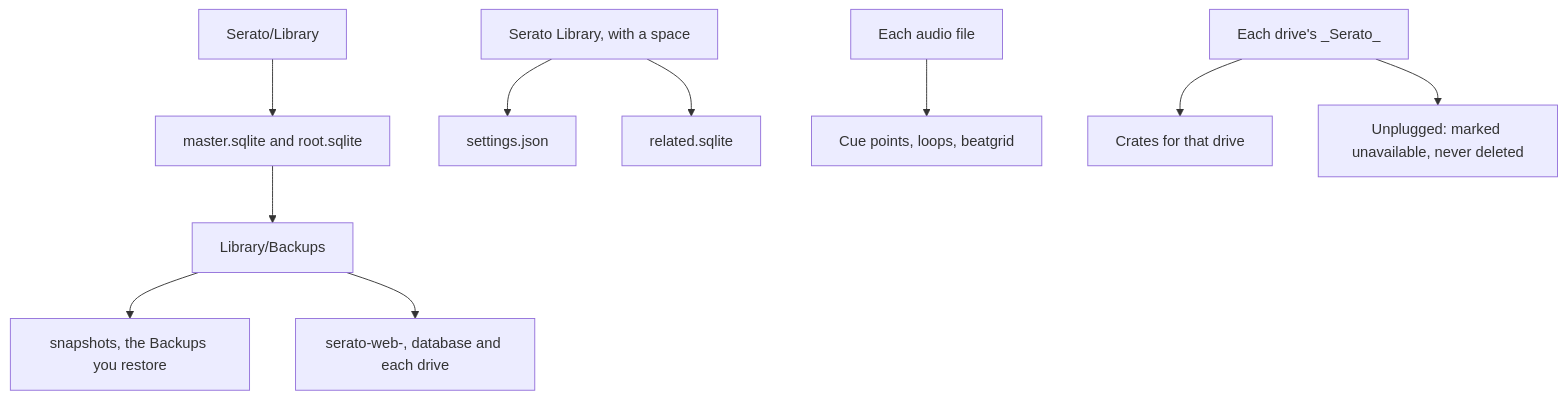
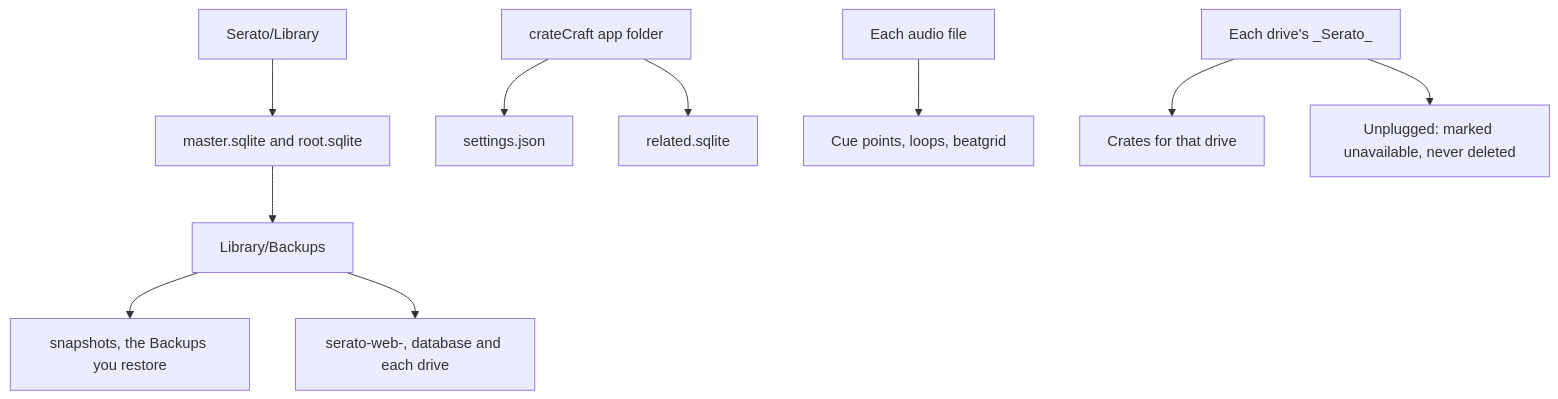
One commit to mookiejones/crateCraft changed the diagram in docs/wiki/Where-Serato-Data-Lives.md. Above: the diagram before and after it, drawn with Mermaid. The commit also changed other lines of this file and 99 other files, not shown here.

First line of the commit message:
feat: rebrand the app to crateCraft

````diff
--- a/docs/wiki/Where-Serato-Data-Lives.md
+++ b/docs/wiki/Where-Serato-Data-Lives.md
@@ -8,12 +8,12 @@
 ```mermaid
 flowchart TD
   serato["Serato/Library"] --> master["master.sqlite and root.sqlite"]
   master --> backups["Library/Backups"]
   backups --> snap["snapshots, the Backups you restore"]
   backups --> session["serato-web-, database and each drive"]
-  app["Serato Library, with a space"] --> settings["settings.json"]
+  app["crateCraft app folder"] --> settings["settings.json"]
   app --> related["related.sqlite"]
   audio["Each audio file"] --> cues["Cue points, loops, beatgrid"]
   drive["Each drive's _Serato_"] --> crates["Crates for that drive"]
   drive --> unplug["Unplugged: marked unavailable, never deleted"]
 ```
````
